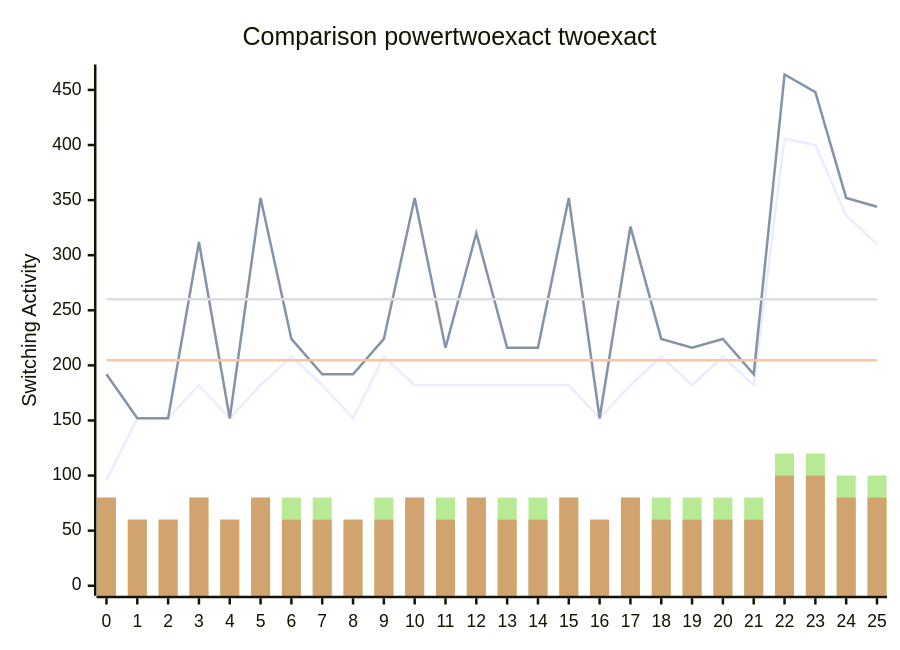
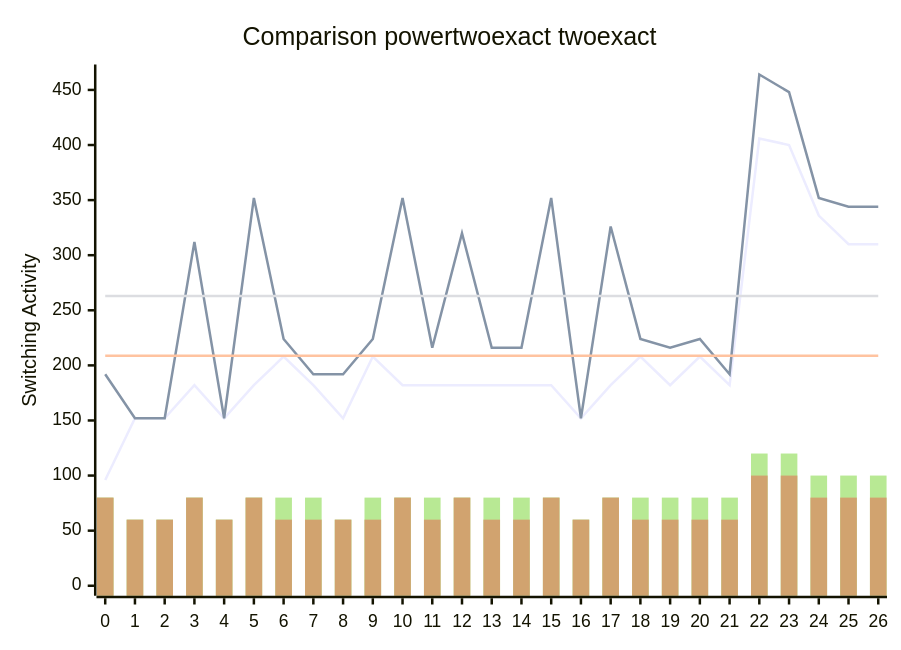
The diagram in benchmark.md (FeldmeierMichael/Exact-Power-Synthesis), drawn with Mermaid before and after one commit. The commit also changed other lines of this file and 2 other files, not shown here.

````diff
--- a/benchmark.md
+++ b/benchmark.md
@@ -53,12 +55,12 @@
 ```mermaid
 xychart-beta
     title "Comparison powertwoexact twoexact"
-    x-axis [0, 1, 2, 3, 4, 5, 6, 7, 8, 9, 10, 11, 12, 13, 14, 15, 16, 17, 18, 19, 20, 21, 22, 23, 24, 25]
+    x-axis [0, 1, 2, 3, 4, 5, 6, 7, 8, 9, 10, 11, 12, 13, 14, 15, 16, 17, 18, 19, 20, 21, 22, 23, 24, 25, 26]
     y-axis "Switching Activity" 0-->464
-    line [96, 152, 152, 182, 152, 182, 208, 182, 152, 208, 182, 182, 182, 182, 182, 182, 152, 182, 208, 182, 208, 182, 406, 400, 336, 310]
-    line [192, 152, 152, 312, 152, 352, 224, 192, 192, 224, 352, 216, 320, 216, 216, 352, 152, 326, 224, 216, 224, 192, 464, 448, 352, 344]
-    line [204.76923076923077, 204.76923076923077, 204.76923076923077, 204.76923076923077, 204.76923076923077, 204.76923076923077, 204.76923076923077, 204.76923076923077, 204.76923076923077, 204.76923076923077, 204.76923076923077, 204.76923076923077, 204.76923076923077, 204.76923076923077, 204.76923076923077, 204.76923076923077, 204.76923076923077, 204.76923076923077, 204.76923076923077, 204.76923076923077, 204.76923076923077, 204.76923076923077, 204.76923076923077, 204.76923076923077, 204.76923076923077, 204.76923076923077]
-    line [259.9230769230769, 259.9230769230769, 259.9230769230769, 259.9230769230769, 259.9230769230769, 259.9230769230769, 259.9230769230769, 259.9230769230769, 259.9230769230769, 259.9230769230769, 259.9230769230769, 259.9230769230769, 259.9230769230769, 259.9230769230769, 259.9230769230769, 259.9230769230769, 259.9230769230769, 259.9230769230769, 259.9230769230769, 259.9230769230769, 259.9230769230769, 259.9230769230769, 259.9230769230769, 259.9230769230769, 259.9230769230769, 259.9230769230769]
-    bar [80, 60, 60, 80, 60, 80, 80, 80, 60, 80, 80, 80, 80, 80, 80, 80, 60, 80, 80, 80, 80, 80, 120, 120, 100, 100]
-    bar [80, 60, 60, 80, 60, 80, 60, 60, 60, 60, 80, 60, 80, 60, 60, 80, 60, 80, 60, 60, 60, 60, 100, 100, 80, 80]
+    line [96, 152, 152, 182, 152, 182, 208, 182, 152, 208, 182, 182, 182, 182, 182, 182, 152, 182, 208, 182, 208, 182, 406, 400, 336, 310, 310]
+    line [192, 152, 152, 312, 152, 352, 224, 192, 192, 224, 352, 216, 320, 216, 216, 352, 152, 326, 224, 216, 224, 192, 464, 448, 352, 344, 344]
+    line [208.66666666666666, 208.66666666666666, 208.66666666666666, 208.66666666666666, 208.66666666666666, 208.66666666666666, 208.66666666666666, 208.66666666666666, 208.66666666666666, 208.66666666666666, 208.66666666666666, 208.66666666666666, 208.66666666666666, 208.66666666666666, 208.66666666666666, 208.66666666666666, 208.66666666666666, 208.66666666666666, 208.66666666666666, 208.66666666666666, 208.66666666666666, 208.66666666666666, 208.66666666666666, 208.66666666666666, 208.66666666666666, 208.66666666666666, 208.66666666666666]
+    line [263.037037037037, 263.037037037037, 263.037037037037, 263.037037037037, 263.037037037037, 263.037037037037, 263.037037037037, 263.037037037037, 263.037037037037, 263.037037037037, 263.037037037037, 263.037037037037, 263.037037037037, 263.037037037037, 263.037037037037, 263.037037037037, 263.037037037037, 263.037037037037, 263.037037037037, 263.037037037037, 263.037037037037, 263.037037037037, 263.037037037037, 263.037037037037, 263.037037037037, 263.037037037037, 263.037037037037]
+    bar [80, 60, 60, 80, 60, 80, 80, 80, 60, 80, 80, 80, 80, 80, 80, 80, 60, 80, 80, 80, 80, 80, 120, 120, 100, 100, 100]
+    bar [80, 60, 60, 80, 60, 80, 60, 60, 60, 60, 80, 60, 80, 60, 60, 80, 60, 80, 60, 60, 60, 60, 100, 100, 80, 80, 80]
 ```
````
